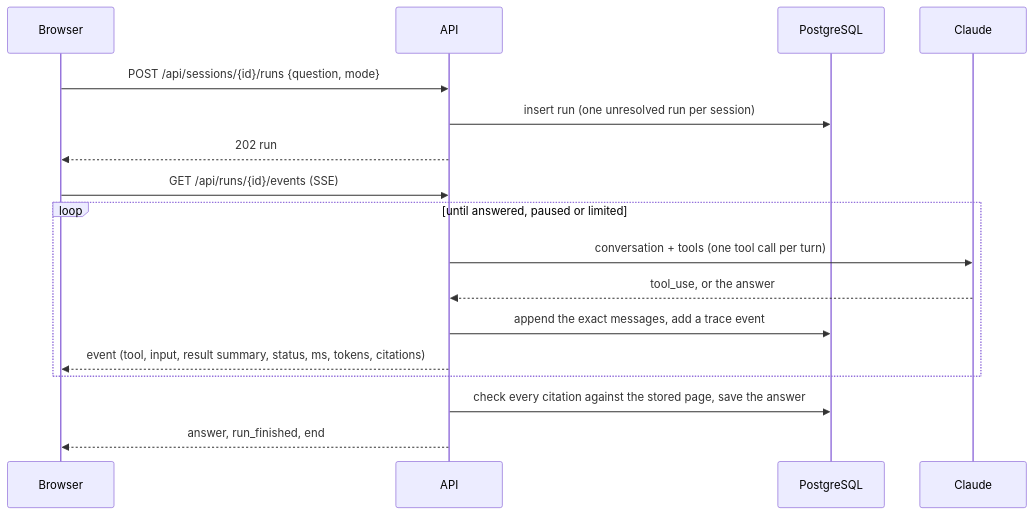
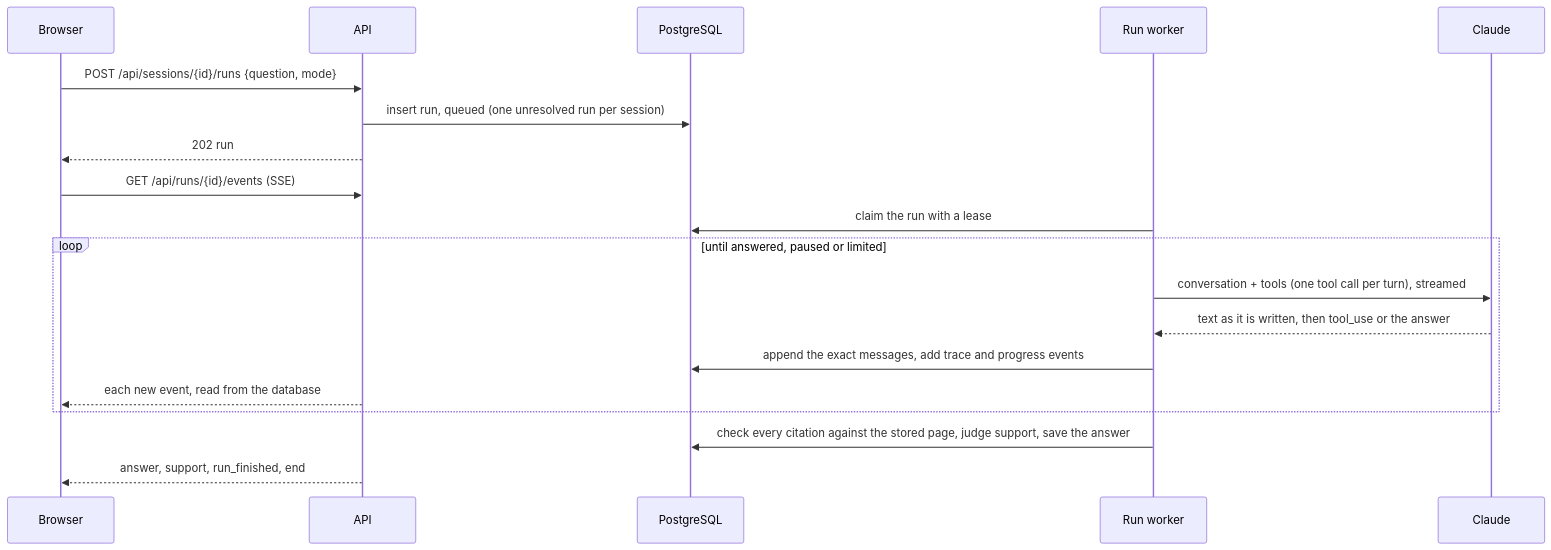
One commit to ApoorvKadam/callslip changed the second of 4 diagrams in docs/architecture.md. Above: the diagram before and after it, drawn with Mermaid. The commit also changed other lines of this file and 21 other files, not shown here.

First line of the commit message:
Run questions in run workers queued through PostgreSQL (#23)

````diff
--- a/docs/architecture.md
+++ b/docs/architecture.md
@@ -37,19 +41,21 @@
 ```mermaid
 sequenceDiagram
     participant UI as Browser
     participant API as API
     participant DB as PostgreSQL
+    participant R as Run worker
     participant M as Claude
     UI->>API: POST /api/sessions/{id}/runs {question, mode}
-    API->>DB: insert run (one unresolved run per session)
+    API->>DB: insert run, queued (one unresolved run per session)
     API-->>UI: 202 run
     UI->>API: GET /api/runs/{id}/events (SSE)
+    R->>DB: claim the run with a lease
     loop until answered, paused or limited
-        API->>M: conversation + tools (one tool call per turn)
-        M-->>API: tool_use, or the answer
-        API->>DB: append the exact messages, add a trace event
-        API-->>UI: event (tool, input, result summary, status, ms, tokens, citations)
+        R->>M: conversation + tools (one tool call per turn), streamed
+        M-->>R: text as it is written, then tool_use or the answer
+        R->>DB: append the exact messages, add trace and progress events
+        API-->>UI: each new event, read from the database
     end
-    API->>DB: check every citation against the stored page, save the answer
-    API-->>UI: answer, run_finished, end
+    R->>DB: check every citation against the stored page, judge support, save the answer
+    API-->>UI: answer, support, run_finished, end
 ```
````
